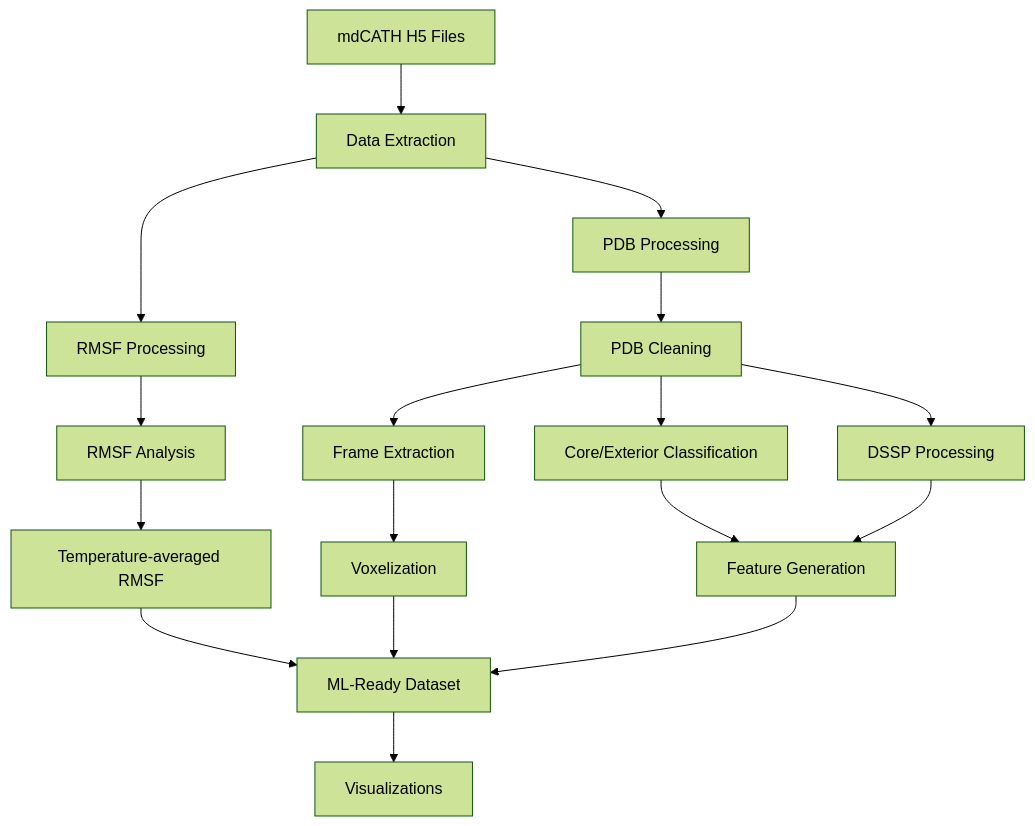
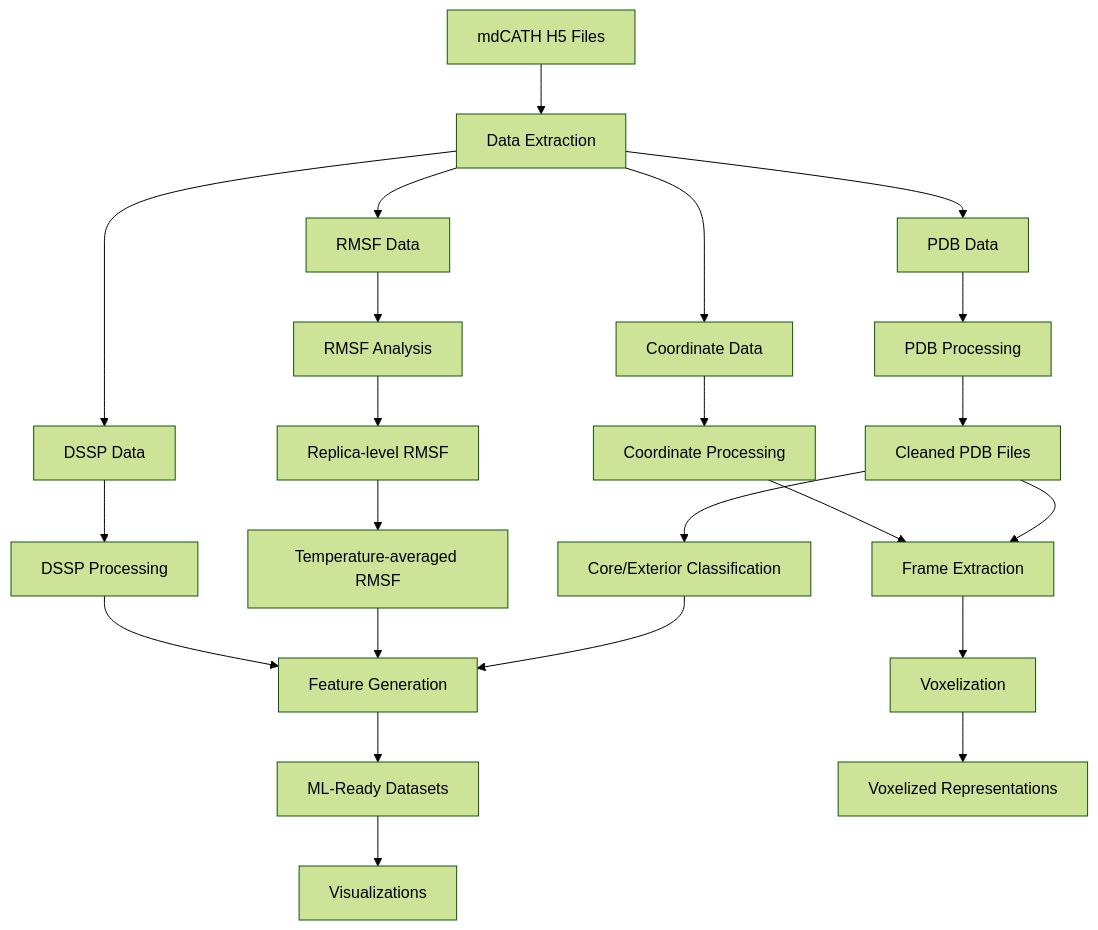
The diagram in README.md (Felixburton7/mdcath-processor), drawn with Mermaid (forest theme) before and after one commit. The commit also changed other lines of this file, not shown here.

````diff
--- a/README.md
+++ b/README.md
@@ -136,30 +154,31 @@
 ```mermaid
 graph TD
     A[mdCATH H5 Files] --> B[Data Extraction]
-
-    B --> PDB[PDB Processing]
-    B --> RMSF[RMSF Processing]
-
-    %% PDB pipeline
-    PDB --> Clean[PDB Cleaning]
-    Clean --> DSSP[DSSP Processing]
-    Clean --> Classify[Core/Exterior Classification]
-    Clean --> Frames[Frame Extraction]
-
-    %% RMSF pipeline (right)
-    RMSF --> Replica[RMSF Analysis]
-    Replica --> TempAvg[Temperature‑averaged RMSF]
-    TempAvg --> ML[ML‑Ready Dataset]
-
-    %% Voxelization (left)
-    Frames --> Vox[Voxelization]
-    Vox --> ML
-
-    %% Feature generation (center)
-    Classify --> Features[Feature Generation]
-    DSSP --> Features
-    Features --> ML
-
-    %% Downstream
-    ML --> Viz[Visualizations]
+    B --> C1[PDB Data]
+    B --> C2[RMSF Data]
+    B --> C3[DSSP Data]
+    B --> C4[Coordinate Data]
+    
+    C1 --> D1[PDB Processing]
+    D1 --> E1[Cleaned PDB Files]
+    E1 --> F1[Core/Exterior Classification]
+    E1 --> F2[Frame Extraction]
+    
+    C2 --> D2[RMSF Analysis]
+    D2 --> E2[Replica-level RMSF]
+    E2 --> F3[Temperature-averaged RMSF]
+    
+    C3 --> D3[DSSP Processing]
+    C4 --> D4[Coordinate Processing]
+    D4 --> F2
+    
+    F1 --> G[Feature Generation]
+    F2 --> H[Voxelization]
+    F3 --> G
+    D3 --> G
+    
+    G --> I[ML-Ready Datasets]
+    H --> J[Voxelized Representations]
+    
+    I --> K[Visualizations]
 ```
````
